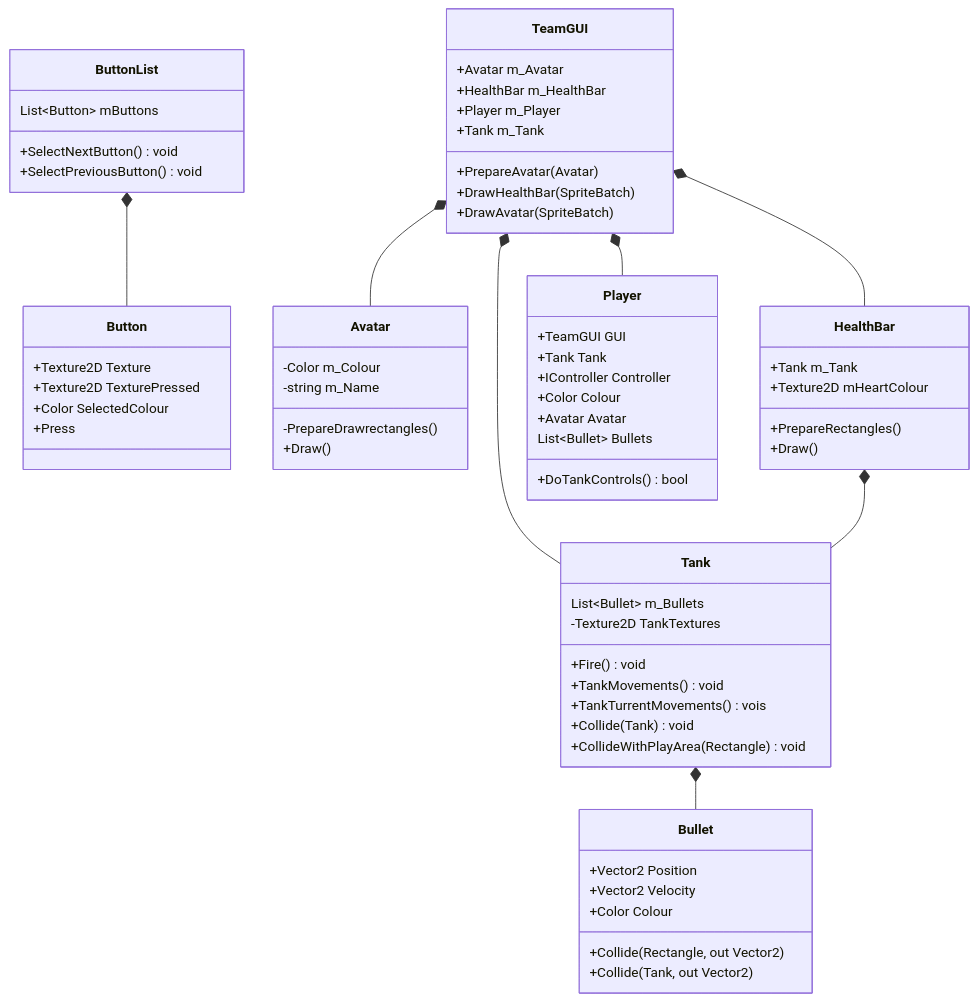
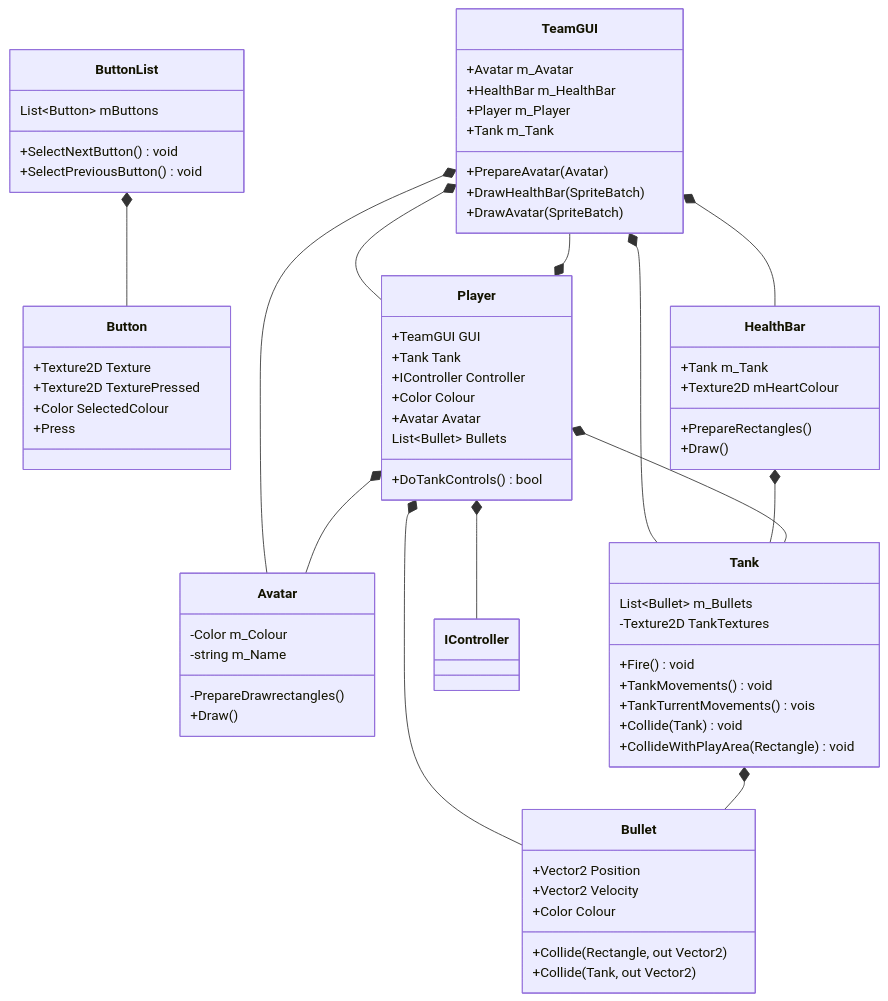
One commit to Spoingus/TroublesomeTanks_CDP changed the second of 2 diagrams in README.md. Above: the diagram before and after it, drawn with Mermaid.

````diff
--- a/README.md
+++ b/README.md
@@ -45,69 +45,74 @@
 ```mermaid
 classDiagram
     ButtonList *-- Button
     class ButtonList{
         List~Button~ mButtons
         +SelectNextButton() void
         +SelectPreviousButton() void
     }
     class Button{
         +Texture2D Texture
         +Texture2D TexturePressed
         +Color SelectedColour
         +Press
     }
 
     TeamGUI *-- Avatar
     TeamGUI *-- HealthBar
     TeamGUI *-- Player
     TeamGUI *-- Tank
     HealthBar *-- Tank
     class TeamGUI{
         +Avatar m_Avatar
         +HealthBar m_HealthBar
         +Player m_Player
         +Tank m_Tank
         +PrepareAvatar(Avatar)
         +DrawHealthBar(SpriteBatch)
         +DrawAvatar(SpriteBatch)
     }
     class Avatar{
         -Color m_Colour
         -string m_Name
         -PrepareDrawrectangles()
         +Draw()
     }
     class HealthBar{
         +Tank m_Tank
         +Texture2D mHeartColour
         +PrepareRectangles()
         +Draw()
     }
+    Player *-- TeamGUI
+    Player *-- Tank
+    Player *-- Avatar
+    Player *-- IController
+    Player *-- Bullet
     class Player{
         +TeamGUI GUI
         +Tank Tank
         +IController Controller
         +Color Colour
         +Avatar Avatar
         List~Bullet~ Bullets
         +DoTankControls() bool
     }
     Tank *-- Bullet
     class Tank{
         List~Bullet~ m_Bullets
         -Texture2D TankTextures
         +Fire() void
         +TankMovements() void
         +TankTurrentMovements() vois
         +Collide(Tank) void
         +CollideWithPlayArea(Rectangle) void
     }
     class Bullet{
         +Vector2 Position
         +Vector2 Velocity
         +Color Colour
         +Collide(Rectangle, out Vector2)
         +Collide(Tank, out Vector2)
     }
    
 ```
````
